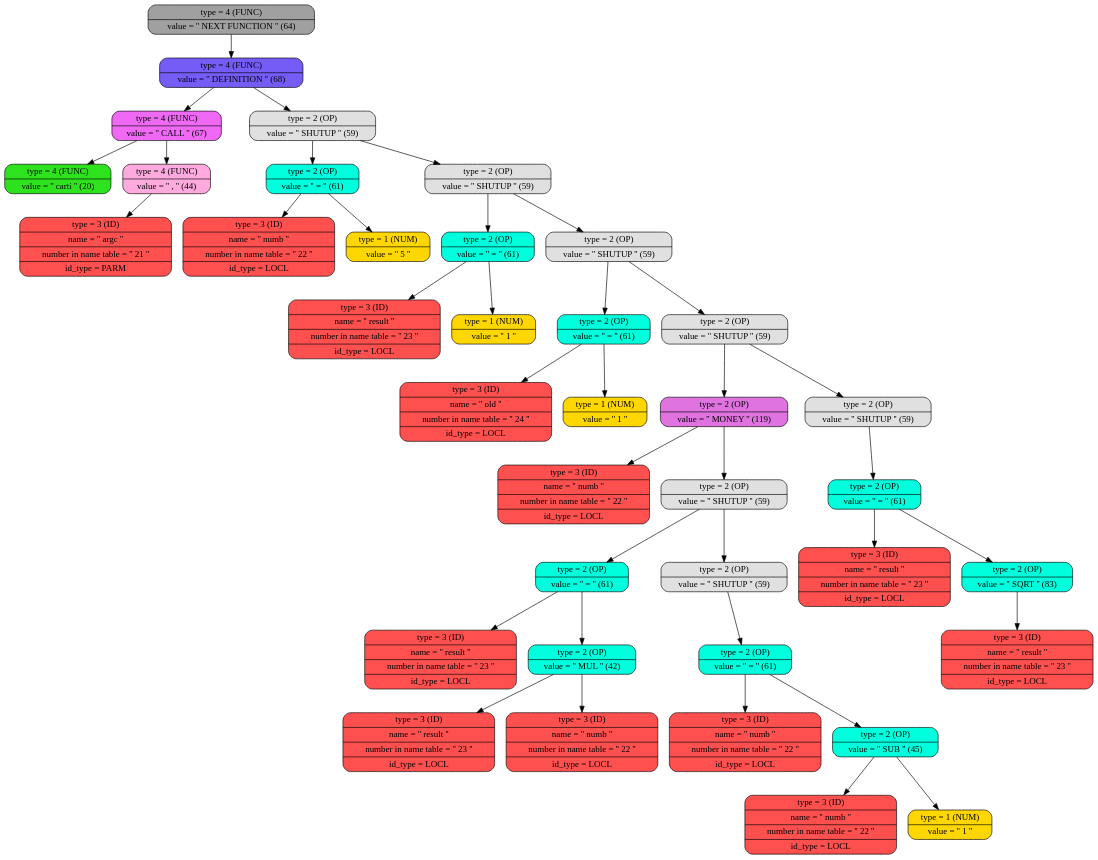
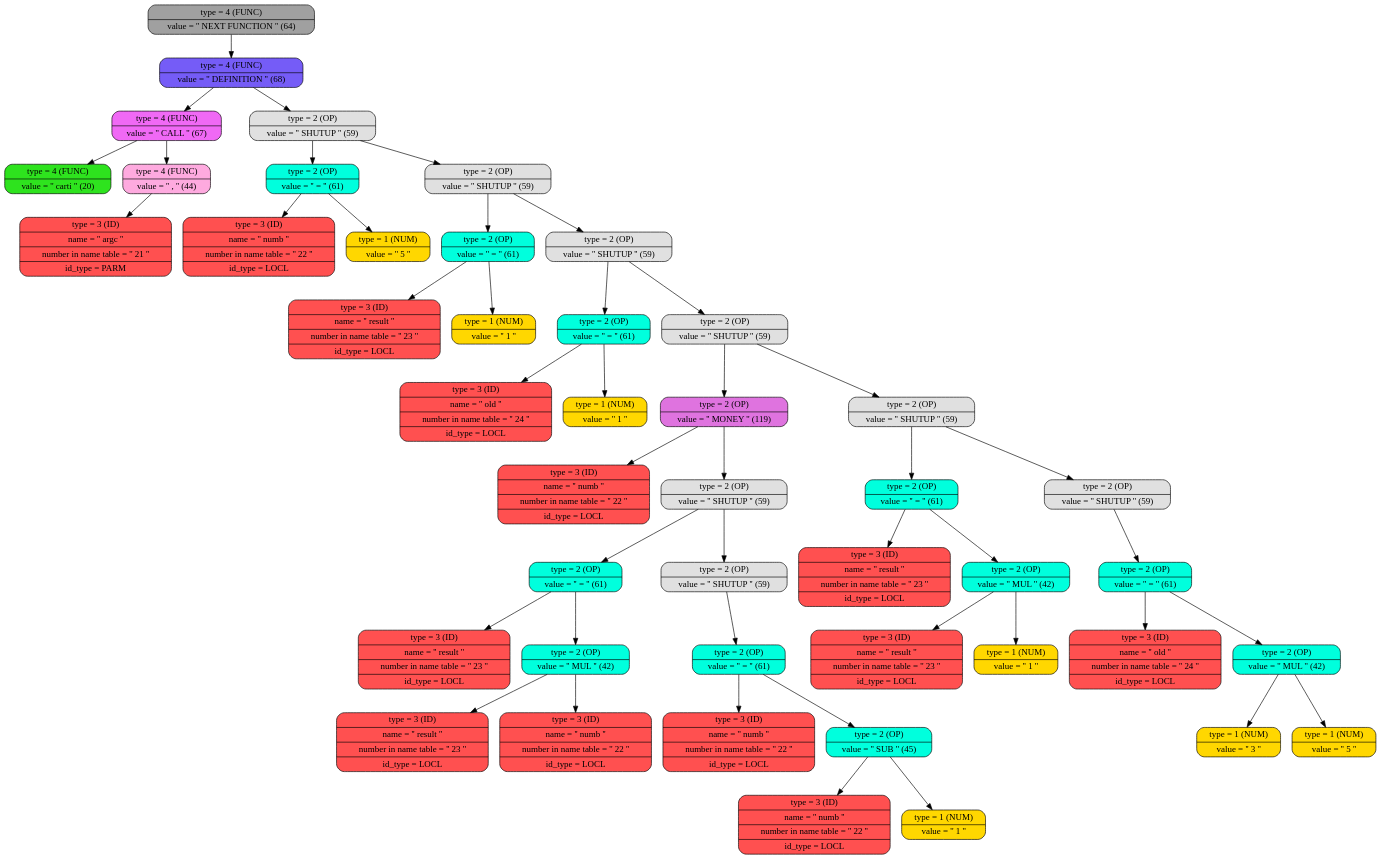
The diagram in log/graph_tree.dot (daniilgriga/MyProgrammingLanguage), drawn with Graphviz before and after one commit. The commit also changed 4 other files, not shown here.

```diff
--- a/log/graph_tree.dot
+++ b/log/graph_tree.dot
@@ -1,80 +1,94 @@
 digraph
 {
 bgcolor="transparent"
-node0x503000000730 [shape=Mrecord; label = " { type = 4 (FUNC) | value = '' NEXT FUNCTION ''  (64) }"; style = filled; fillcolor = "#A0A0A0"];
-node0x503000000730 -> node0x503000000700;
-node0x503000000700 [shape=Mrecord; label = " { type = 4 (FUNC) | value = '' DEFINITION ''  (68) }"; style = filled; fillcolor = "#755CF7"];
-node0x503000000700 -> node0x5030000000d0;
-node0x503000000700 -> node0x503000000190;
+node0x503000000880 [shape=Mrecord; label = " { type = 4 (FUNC) | value = '' NEXT FUNCTION ''  (64) }"; style = filled; fillcolor = "#A0A0A0"];
+node0x503000000880 -> node0x503000000850;
+node0x503000000850 [shape=Mrecord; label = " { type = 4 (FUNC) | value = '' DEFINITION ''  (68) }"; style = filled; fillcolor = "#755CF7"];
+node0x503000000850 -> node0x5030000000d0;
+node0x503000000850 -> node0x503000000190;
 node0x5030000000d0 [shape=Mrecord; label = " { type = 4 (FUNC) | value = '' CALL ''  (67) }"; style = filled; fillcolor = "#F069F5"];
 node0x5030000000d0 -> node0x503000000040;
 node0x5030000000d0 -> node0x5030000000a0;
 node0x503000000040 [shape=Mrecord; label = " { type = 4 (FUNC) | value = '' carti ''  (20) }"; style = filled; fillcolor = "#2EE31E"];
 node0x5030000000a0 [shape=Mrecord; label = " { type = 4 (FUNC) | value = '' , ''  (44) }"; style = filled; fillcolor = "#FEAADF"];
 node0x5030000000a0 -> node0x503000000070;
 node0x503000000070 [shape=Mrecord; label = " { type = 3 (ID)  | name = '' argc '' | number in name table = '' 21 '' | id_type = PARM }"; style = filled; fillcolor = "#FF5050"];
 node0x503000000190 [shape=Mrecord; label = " { type = 2 (OP)   | value = '' SHUTUP ''  (59) }"; style = filled; fillcolor = "#E0E0E0"];
 node0x503000000190 -> node0x503000000160;
 node0x503000000190 -> node0x503000000250;
 node0x503000000160 [shape=Mrecord; label = " { type = 2 (OP)   | value = '' = ''  (61) }"; style = filled; fillcolor = "#00FFDD"];
 node0x503000000160 -> node0x503000000100;
 node0x503000000160 -> node0x503000000130;
 node0x503000000100 [shape=Mrecord; label = " { type = 3 (ID)  | name = '' numb '' | number in name table = '' 22 '' | id_type = LOCL }"; style = filled; fillcolor = "#FF5050"];
 node0x503000000130 [shape=Mrecord; label = " { type = 1 (NUM)  | value = '' 5 '' }"; style = filled; fillcolor = "#FFD700"];
 node0x503000000250 [shape=Mrecord; label = " { type = 2 (OP)   | value = '' SHUTUP ''  (59) }"; style = filled; fillcolor = "#E0E0E0"];
 node0x503000000250 -> node0x503000000220;
 node0x503000000250 -> node0x503000000310;
 node0x503000000220 [shape=Mrecord; label = " { type = 2 (OP)   | value = '' = ''  (61) }"; style = filled; fillcolor = "#00FFDD"];
 node0x503000000220 -> node0x5030000001c0;
 node0x503000000220 -> node0x5030000001f0;
 node0x5030000001c0 [shape=Mrecord; label = " { type = 3 (ID)  | name = '' result '' | number in name table = '' 23 '' | id_type = LOCL }"; style = filled; fillcolor = "#FF5050"];
 node0x5030000001f0 [shape=Mrecord; label = " { type = 1 (NUM)  | value = '' 1 '' }"; style = filled; fillcolor = "#FFD700"];
 node0x503000000310 [shape=Mrecord; label = " { type = 2 (OP)   | value = '' SHUTUP ''  (59) }"; style = filled; fillcolor = "#E0E0E0"];
 node0x503000000310 -> node0x5030000002e0;
 node0x503000000310 -> node0x5030000005e0;
 node0x5030000002e0 [shape=Mrecord; label = " { type = 2 (OP)   | value = '' = ''  (61) }"; style = filled; fillcolor = "#00FFDD"];
 node0x5030000002e0 -> node0x503000000280;
 node0x5030000002e0 -> node0x5030000002b0;
 node0x503000000280 [shape=Mrecord; label = " { type = 3 (ID)  | name = '' old '' | number in name table = '' 24 '' | id_type = LOCL }"; style = filled; fillcolor = "#FF5050"];
 node0x5030000002b0 [shape=Mrecord; label = " { type = 1 (NUM)  | value = '' 1 '' }"; style = filled; fillcolor = "#FFD700"];
 node0x5030000005e0 [shape=Mrecord; label = " { type = 2 (OP)   | value = '' SHUTUP ''  (59) }"; style = filled; fillcolor = "#E0E0E0"];
 node0x5030000005e0 -> node0x5030000005b0;
-node0x5030000005e0 -> node0x5030000006d0;
+node0x5030000005e0 -> node0x503000000700;
 node0x5030000005b0 [shape=Mrecord; label = " { type = 2 (OP)   | value = '' MONEY ''  (119) }"; style = filled; fillcolor = "#DF73DF"];
 node0x5030000005b0 -> node0x503000000340;
 node0x5030000005b0 -> node0x503000000460;
 node0x503000000340 [shape=Mrecord; label = " { type = 3 (ID)  | name = '' numb '' | number in name table = '' 22 '' | id_type = LOCL }"; style = filled; fillcolor = "#FF5050"];
 node0x503000000460 [shape=Mrecord; label = " { type = 2 (OP)   | value = '' SHUTUP ''  (59) }"; style = filled; fillcolor = "#E0E0E0"];
 node0x503000000460 -> node0x503000000430;
 node0x503000000460 -> node0x503000000580;
 node0x503000000430 [shape=Mrecord; label = " { type = 2 (OP)   | value = '' = ''  (61) }"; style = filled; fillcolor = "#00FFDD"];
 node0x503000000430 -> node0x503000000370;
 node0x503000000430 -> node0x503000000400;
 node0x503000000370 [shape=Mrecord; label = " { type = 3 (ID)  | name = '' result '' | number in name table = '' 23 '' | id_type = LOCL }"; style = filled; fillcolor = "#FF5050"];
 node0x503000000400 [shape=Mrecord; label = " { type = 2 (OP)   | value = '' MUL ''  (42) }"; style = filled; fillcolor = "#00FFDD"];
 node0x503000000400 -> node0x5030000003a0;
 node0x503000000400 -> node0x5030000003d0;
 node0x5030000003a0 [shape=Mrecord; label = " { type = 3 (ID)  | name = '' result '' | number in name table = '' 23 '' | id_type = LOCL }"; style = filled; fillcolor = "#FF5050"];
 node0x5030000003d0 [shape=Mrecord; label = " { type = 3 (ID)  | name = '' numb '' | number in name table = '' 22 '' | id_type = LOCL }"; style = filled; fillcolor = "#FF5050"];
 node0x503000000580 [shape=Mrecord; label = " { type = 2 (OP)   | value = '' SHUTUP ''  (59) }"; style = filled; fillcolor = "#E0E0E0"];
 node0x503000000580 -> node0x503000000550;
 node0x503000000550 [shape=Mrecord; label = " { type = 2 (OP)   | value = '' = ''  (61) }"; style = filled; fillcolor = "#00FFDD"];
 node0x503000000550 -> node0x503000000490;
 node0x503000000550 -> node0x503000000520;
 node0x503000000490 [shape=Mrecord; label = " { type = 3 (ID)  | name = '' numb '' | number in name table = '' 22 '' | id_type = LOCL }"; style = filled; fillcolor = "#FF5050"];
 node0x503000000520 [shape=Mrecord; label = " { type = 2 (OP)   | value = '' SUB ''  (45) }"; style = filled; fillcolor = "#00FFDD"];
 node0x503000000520 -> node0x5030000004c0;
 node0x503000000520 -> node0x5030000004f0;
 node0x5030000004c0 [shape=Mrecord; label = " { type = 3 (ID)  | name = '' numb '' | number in name table = '' 22 '' | id_type = LOCL }"; style = filled; fillcolor = "#FF5050"];
 node0x5030000004f0 [shape=Mrecord; label = " { type = 1 (NUM)  | value = '' 1 '' }"; style = filled; fillcolor = "#FFD700"];
-node0x5030000006d0 [shape=Mrecord; label = " { type = 2 (OP)   | value = '' SHUTUP ''  (59) }"; style = filled; fillcolor = "#E0E0E0"];
+node0x503000000700 [shape=Mrecord; label = " { type = 2 (OP)   | value = '' SHUTUP ''  (59) }"; style = filled; fillcolor = "#E0E0E0"];
+node0x503000000700 -> node0x5030000006d0;
+node0x503000000700 -> node0x503000000820;
+node0x5030000006d0 [shape=Mrecord; label = " { type = 2 (OP)   | value = '' = ''  (61) }"; style = filled; fillcolor = "#00FFDD"];
+node0x5030000006d0 -> node0x503000000610;
 node0x5030000006d0 -> node0x5030000006a0;
-node0x5030000006a0 [shape=Mrecord; label = " { type = 2 (OP)   | value = '' = ''  (61) }"; style = filled; fillcolor = "#00FFDD"];
-node0x5030000006a0 -> node0x503000000610;
+node0x503000000610 [shape=Mrecord; label = " { type = 3 (ID)  | name = '' result '' | number in name table = '' 23 '' | id_type = LOCL }"; style = filled; fillcolor = "#FF5050"];
+node0x5030000006a0 [shape=Mrecord; label = " { type = 2 (OP)   | value = '' MUL ''  (42) }"; style = filled; fillcolor = "#00FFDD"];
+node0x5030000006a0 -> node0x503000000640;
 node0x5030000006a0 -> node0x503000000670;
-node0x503000000610 [shape=Mrecord; label = " { type = 3 (ID)  | name = '' result '' | number in name table = '' 23 '' | id_type = LOCL }"; style = filled; fillcolor = "#FF5050"];
-node0x503000000670 [shape=Mrecord; label = " { type = 2 (OP)   | value = '' SQRT ''  (83) }"; style = filled; fillcolor = "#00FFDD"];
-node0x503000000670 -> node0x503000000640;
 node0x503000000640 [shape=Mrecord; label = " { type = 3 (ID)  | name = '' result '' | number in name table = '' 23 '' | id_type = LOCL }"; style = filled; fillcolor = "#FF5050"];
+node0x503000000670 [shape=Mrecord; label = " { type = 1 (NUM)  | value = '' 1 '' }"; style = filled; fillcolor = "#FFD700"];
+node0x503000000820 [shape=Mrecord; label = " { type = 2 (OP)   | value = '' SHUTUP ''  (59) }"; style = filled; fillcolor = "#E0E0E0"];
+node0x503000000820 -> node0x5030000007f0;
+node0x5030000007f0 [shape=Mrecord; label = " { type = 2 (OP)   | value = '' = ''  (61) }"; style = filled; fillcolor = "#00FFDD"];
+node0x5030000007f0 -> node0x503000000730;
+node0x5030000007f0 -> node0x5030000007c0;
+node0x503000000730 [shape=Mrecord; label = " { type = 3 (ID)  | name = '' old '' | number in name table = '' 24 '' | id_type = LOCL }"; style = filled; fillcolor = "#FF5050"];
+node0x5030000007c0 [shape=Mrecord; label = " { type = 2 (OP)   | value = '' MUL ''  (42) }"; style = filled; fillcolor = "#00FFDD"];
+node0x5030000007c0 -> node0x503000000760;
+node0x5030000007c0 -> node0x503000000790;
+node0x503000000760 [shape=Mrecord; label = " { type = 1 (NUM)  | value = '' 3 '' }"; style = filled; fillcolor = "#FFD700"];
+node0x503000000790 [shape=Mrecord; label = " { type = 1 (NUM)  | value = '' 5 '' }"; style = filled; fillcolor = "#FFD700"];
 
 }
```
